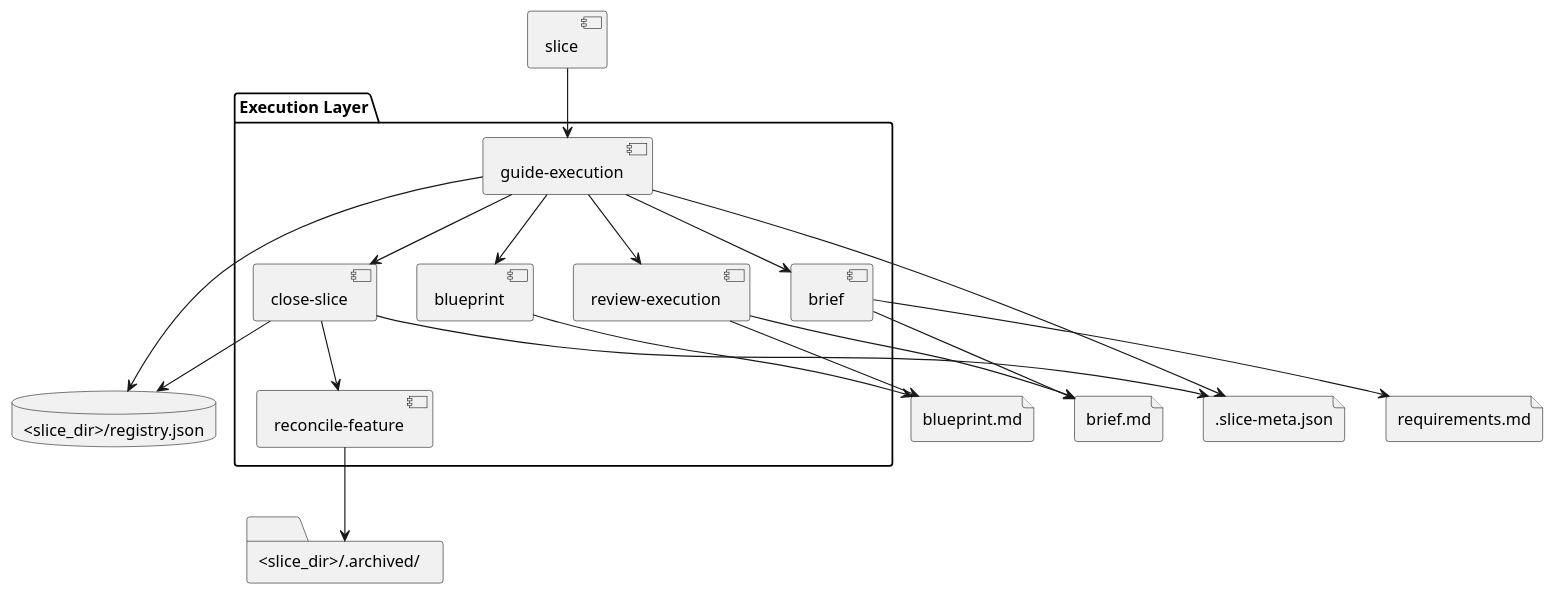
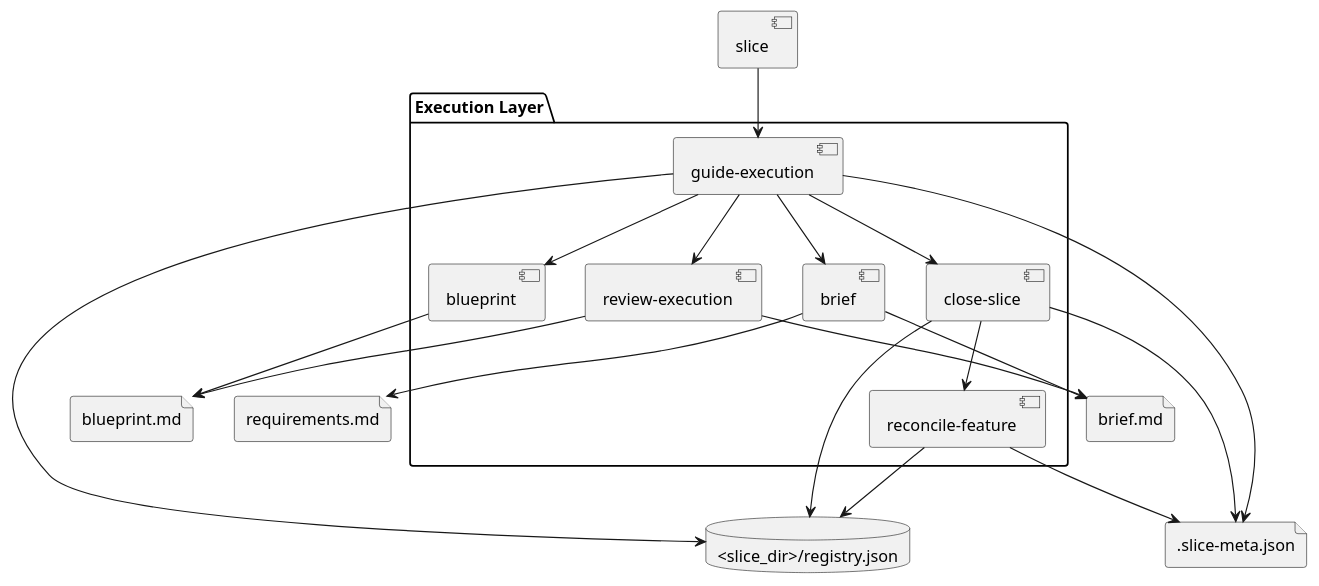
The diagram in docs/features/execution-workflow/system-design.md (sirius-cc-wu/sirius-skills), drawn with PlantUML before and after one commit. The commit also changed other lines of this file and 18 other files, not shown here.

First line of the commit message:
reconcile-feature: remove completed change artifacts

````diff
--- a/docs/features/execution-workflow/system-design.md
+++ b/docs/features/execution-workflow/system-design.md
@@ -42,36 +41,36 @@
 ```plantuml
 @startuml
 package "Execution Layer" {
   [guide-execution]
   [brief]
   [blueprint]
   [review-execution]
   [close-slice]
   [reconcile-feature]
 }
 
 database "<slice_dir>/registry.json" as Registry
 file ".slice-meta.json" as Meta
-folder "<slice_dir>/.archived/" as Archive
 file "brief.md" as Brief
 file "blueprint.md" as PlanDoc
 file "requirements.md" as Requirements
 
 [slice] --> [guide-execution]
 [guide-execution] --> Registry
 [guide-execution] --> Meta
 [guide-execution] --> [brief]
 [guide-execution] --> [blueprint]
 [guide-execution] --> [review-execution]
 [guide-execution] --> [close-slice]
 [close-slice] --> [reconcile-feature]
 [brief] --> Brief
 [brief] --> Requirements
 [blueprint] --> PlanDoc
 [review-execution] --> Brief
 [review-execution] --> PlanDoc
 [close-slice] --> Meta
 [close-slice] --> Registry
-[reconcile-feature] --> Archive
+[reconcile-feature] --> Registry
+[reconcile-feature] --> Meta
 @enduml
 ```
````
